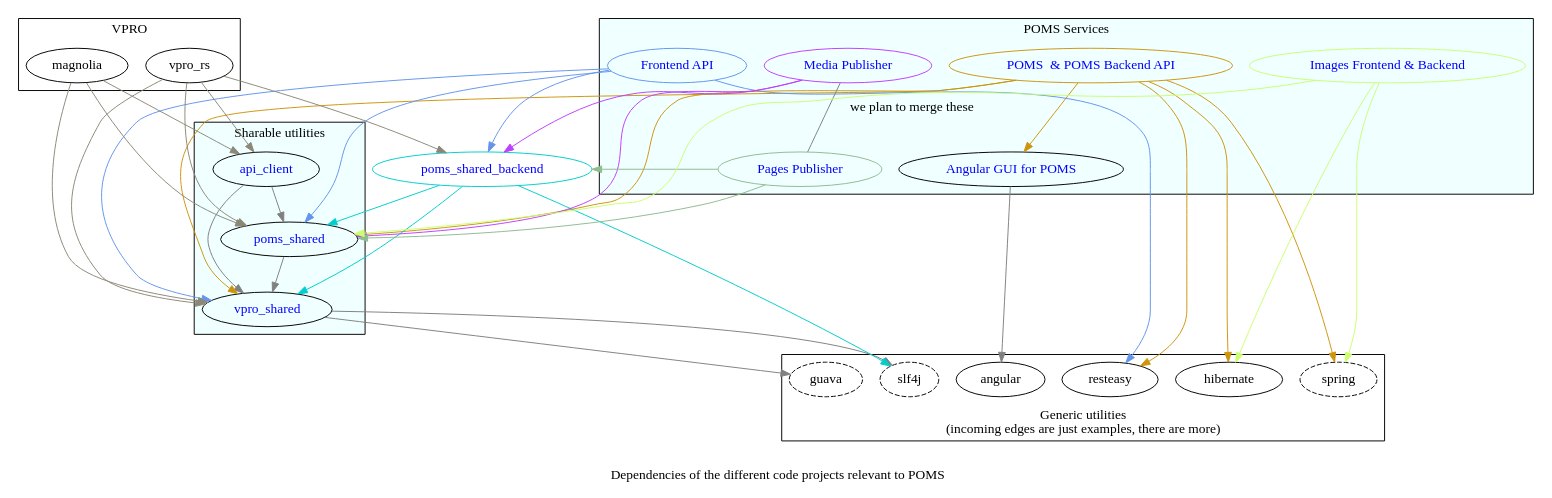
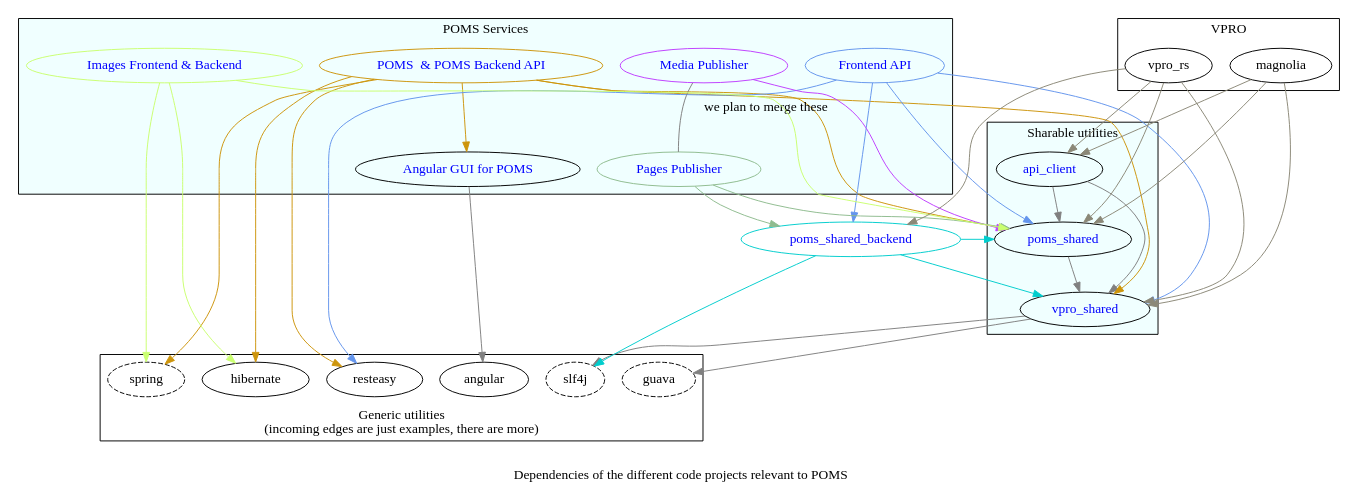
Before and after one commit to npo-poms/poms-parent: the diagram in poms-dependencies.dot, drawn with Graphviz. The commit also changed 2 other files, not shown here.

Commit message:
the dependnecy npo-publihs poms_shared_backend has been dropped

```diff
--- a/poms-dependencies.dot
+++ b/poms-dependencies.dot
@@ -1,142 +1,142 @@
 
 strict digraph {
   vpro_shared  [
                 href="https://github.com/vpro/vpro-shared"
                 fontcolor=blue
                 ]
   poms_shared  [
                 href="https://github.com/npo-poms/poms-shared"
                 fontcolor=blue
    ]
   api_client [ href="https://github.com/npo-poms/api-clients" fontcolor=blue ]
   poms_backend [ label="POMS  & POMS Backend API" href="https://subversion.vpro.nl/viewvc/nl/vpro/media" fontcolor=blue color=darkgoldenrod3]
   poms_gui [ label="Angular GUI for POMS" href="https://subversion.vpro.nl/viewvc/nl/vpro/media-gui" fontcolor=blue ]
   poms_shared_backend [ href="https://subversion.vpro.nl/viewvc/nl/publiekeomroep/poms-shared-backend/" fontcolor=blue color=cyan3 ]
   api [ label="Frontend API" href="https://subversion.vpro.nl/viewvc/nl/vpro/api/" fontcolor=blue color=cornflowerblue]
   media_publish [ label="Media Publisher" href="https://subversion.vpro.nl/viewvc/nl/publiekeomroep/npo-publish/" fontcolor=blue color=darkorchid1]
   pages_publish [ label="Pages Publisher" href="https://subversion.vpro.nl/viewvc/nl/vpro/pages-publish/" fontcolor=blue color=darkseagreen ]
 
   images [ label="Images Frontend & Backend" href="https://subversion.vpro.nl/viewvc/nl/vpro/images/" fontcolor=blue color=darkolivegreen1 ]
 
 
 
   label="
   Dependencies of the different code projects relevant to POMS";
 
   graph [
          splines=yes
          ]
   edge [
         color=gray
         ]
 
 
   subgraph cluster_0  {
     label="Generic utilities\n(incoming edges are just examples, there are more)"
     //label="Utilities which we don't maintain. These are only some example. Also, not every edge is included";
     labelloc=b
     slf4j[style=dashed]
     guava[style=dashed]
     spring[style=dashed]
     resteasy
     hibernate
     angular
 
   }
 
   subgraph cluster_1  {
     label="VPRO"
     magnolia
     vpro_rs
   }
   subgraph cluster_2  {
     label="POMS Services"
     description="These are actually deployed"
     bgcolor=azure
     poms_gui
     poms_backend
     pages_publish
     media_publish
     api
     images
   }
 
   subgraph cluster_4  {
     label="Sharable utilities"
     bgcolor=azure
     api_client
     vpro_shared
     poms_shared
   }
 
 
   vpro_shared -> {
     slf4j
     guava}
   poms_shared -> vpro_shared
   poms_shared_backend -> {
     vpro_shared
     poms_shared
     slf4j
   }[color=cyan3]
 
   api -> {
     poms_shared
     poms_shared_backend
     vpro_shared
     resteasy
   }[color=cornflowerblue]
 
 
   pages_publish -> {
     poms_shared_backend
     poms_shared
   }[color=darkseagreen]
 
   media_publish -> {
     poms_shared
-    poms_shared_backend
+    #poms_shared_backend
     }[color=darkorchid1]
 
     media_publish -> pages_publish[label="we plan to merge these" dir=none]
 
 
 
   api_client -> {
     poms_shared
     vpro_shared
   }
 
 
   images -> {
     poms_shared
     spring
     hibernate
   }[color=darkolivegreen1]
 
   magnolia -> {
     api_client
     vpro_shared
     poms_shared
   }[color=cornsilk4]
 
 
   vpro_rs -> {
     api_client
     vpro_shared
     poms_shared
     poms_shared_backend
   }[color=cornsilk4]
 
   poms_backend -> {
     poms_shared
     poms_gui
     resteasy
     spring
     hibernate
     vpro_shared
   }[color=darkgoldenrod3]
   poms_gui -> angular
 
 
 }
```
